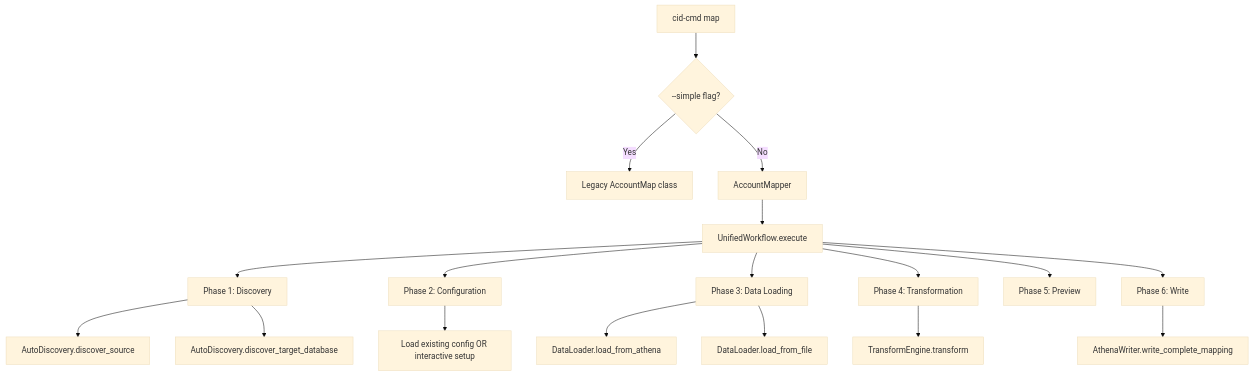
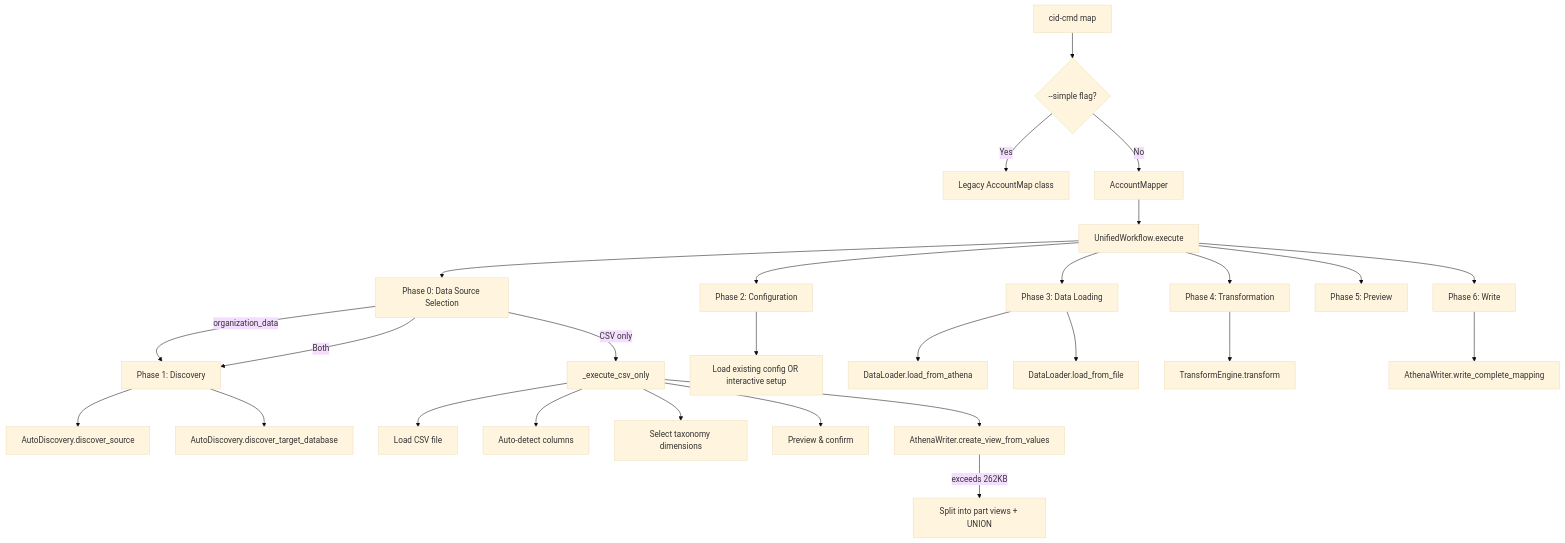
Before and after one commit to aws-solutions-library-samples/cloud-intelligence-dashboards-framework: the diagram in .ai/specs/advanced-account-mapper/design.md, drawn with Mermaid (base theme). The commit also changed other lines of this file and 1 other file, not shown here.

Commit message:
fixes for map with csv files

````diff
--- a/.ai/specs/advanced-account-mapper/design.md
+++ b/.ai/specs/advanced-account-mapper/design.md
@@ -11,21 +11,31 @@
 ```mermaid
 flowchart TD
     A[cid-cmd map] --> B{--simple flag?}
     B -->|Yes| C[Legacy AccountMap class]
     B -->|No| D[AccountMapper]
     D --> E[UnifiedWorkflow.execute]
-    E --> F[Phase 1: Discovery]
+    E --> P0[Phase 0: Data Source Selection]
+    P0 -->|organization_data| F[Phase 1: Discovery]
+    P0 -->|CSV only| CSV[_execute_csv_only]
+    P0 -->|Both| F
     E --> G[Phase 2: Configuration]
     E --> H[Phase 3: Data Loading]
     E --> I[Phase 4: Transformation]
     E --> J[Phase 5: Preview]
     E --> K[Phase 6: Write]
 
     F --> F1[AutoDiscovery.discover_source]
     F --> F2[AutoDiscovery.discover_target_database]
     G --> G1[Load existing config OR interactive setup]
     H --> H1[DataLoader.load_from_athena]
     H --> H2[DataLoader.load_from_file]
     I --> I1[TransformEngine.transform]
     K --> K1[AthenaWriter.write_complete_mapping]
+
+    CSV --> CSV1[Load CSV file]
+    CSV --> CSV2[Auto-detect columns]
+    CSV --> CSV3[Select taxonomy dimensions]
+    CSV --> CSV4[Preview & confirm]
+    CSV --> CSV5[AthenaWriter.create_view_from_values]
+    CSV5 -->|exceeds 262KB| CSV6[Split into part views + UNION]
 ```
````
